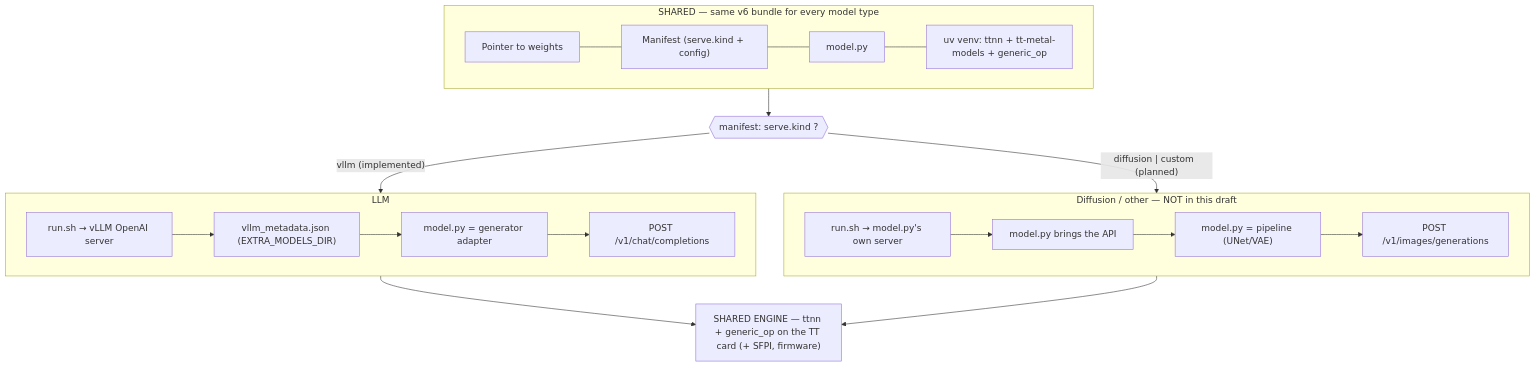
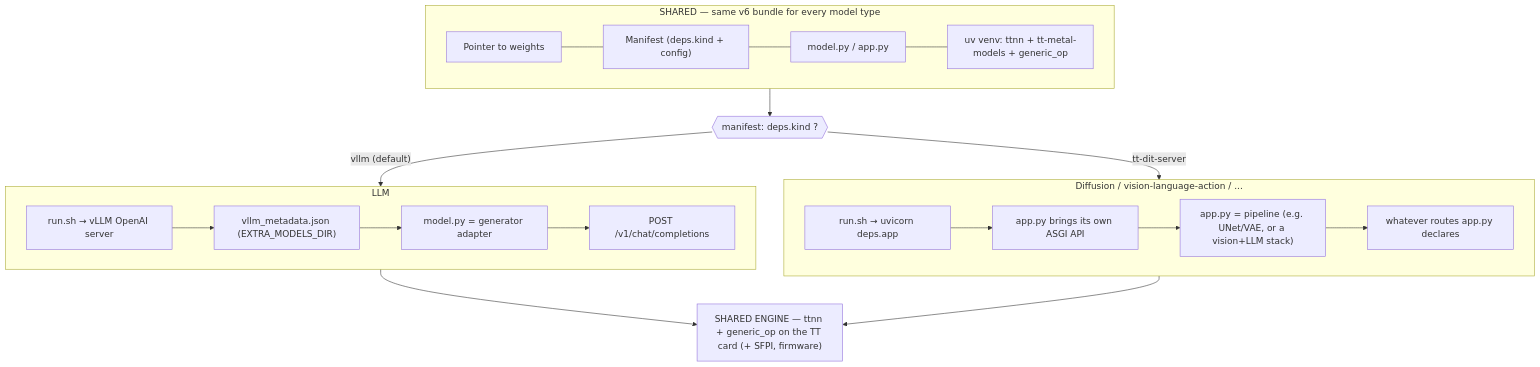
One commit to tenstorrent/tt-model-manager changed the diagram in docs/thin_packages.md. Above: the diagram before and after it, drawn with Mermaid. The commit also changed other lines of this file and 5 other files, not shown here.

First line of the commit message:
feat(package-thin): add a non-vLLM "tt-dit-server" kind to v6 thin bundles (#95)

````diff
--- a/docs/thin_packages.md
+++ b/docs/thin_packages.md
@@ -99,17 +106,17 @@
 ```mermaid
 flowchart TB
   subgraph shared1["SHARED — same v6 bundle for every model type"]
-    w["Pointer to weights"] --- man["Manifest (serve.kind + config)"] --- mp["model.py"] --- venv["uv venv: ttnn + tt-metal-models + generic_op"]
+    w["Pointer to weights"] --- man["Manifest (deps.kind + config)"] --- mp["model.py / app.py"] --- venv["uv venv: ttnn + tt-metal-models + generic_op"]
   end
-  shared1 --> fork{{"manifest: serve.kind ?"}}
-  fork -->|"vllm  (implemented)"| llm
-  fork -->|"diffusion | custom  (planned)"| other
+  shared1 --> fork{{"manifest: deps.kind ?"}}
+  fork -->|"vllm  (default)"| llm
+  fork -->|"tt-dit-server"| other
   subgraph llm["LLM"]
     l1["run.sh → vLLM OpenAI server"] --> l2["vllm_metadata.json (EXTRA_MODELS_DIR)"] --> l3["model.py = generator adapter"] --> l4["POST /v1/chat/completions"]
   end
-  subgraph other["Diffusion / other — NOT in this draft"]
-    o1["run.sh → model.py's own server"] --> o2["model.py brings the API"] --> o3["model.py = pipeline (UNet/VAE)"] --> o4["POST /v1/images/generations"]
+  subgraph other["Diffusion / vision-language-action / ..."]
+    o1["run.sh → uvicorn deps.app"] --> o2["app.py brings its own ASGI API"] --> o3["app.py = pipeline (e.g. UNet/VAE, or a vision+LLM stack)"] --> o4["whatever routes app.py declares"]
   end
   llm --> eng["SHARED ENGINE — ttnn + generic_op on the TT card (+ SFPI, firmware)"]
   other --> eng
 ```
````
